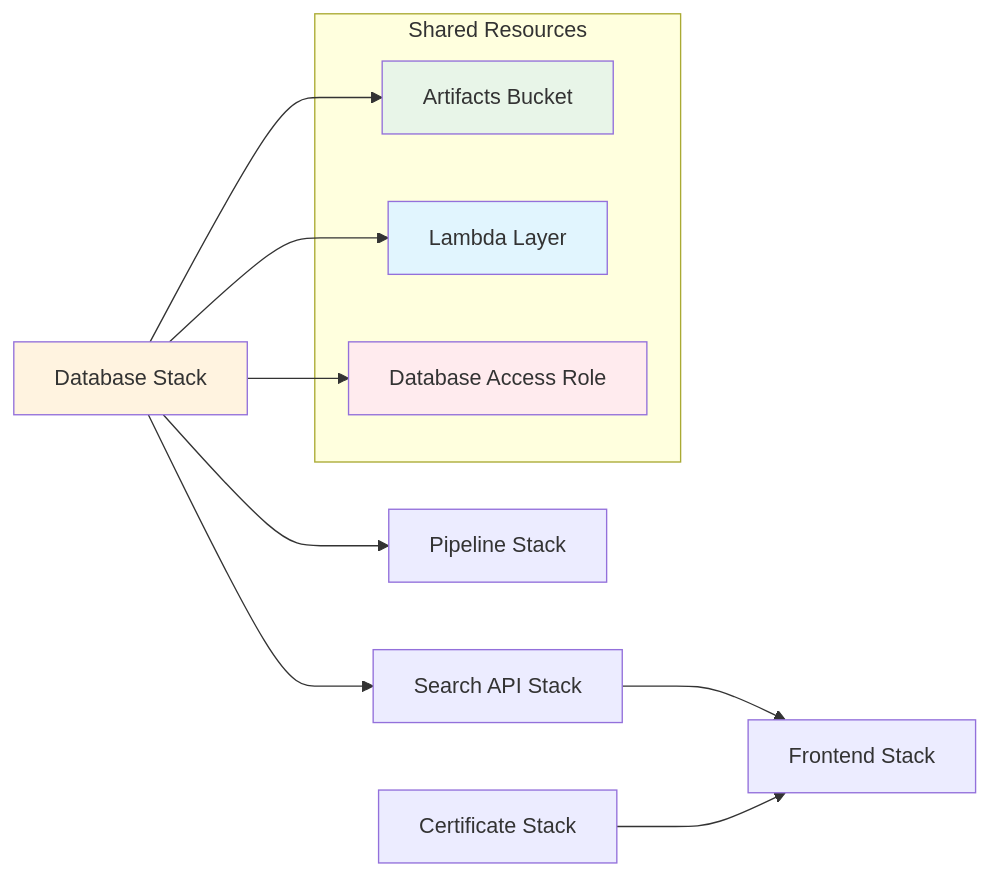
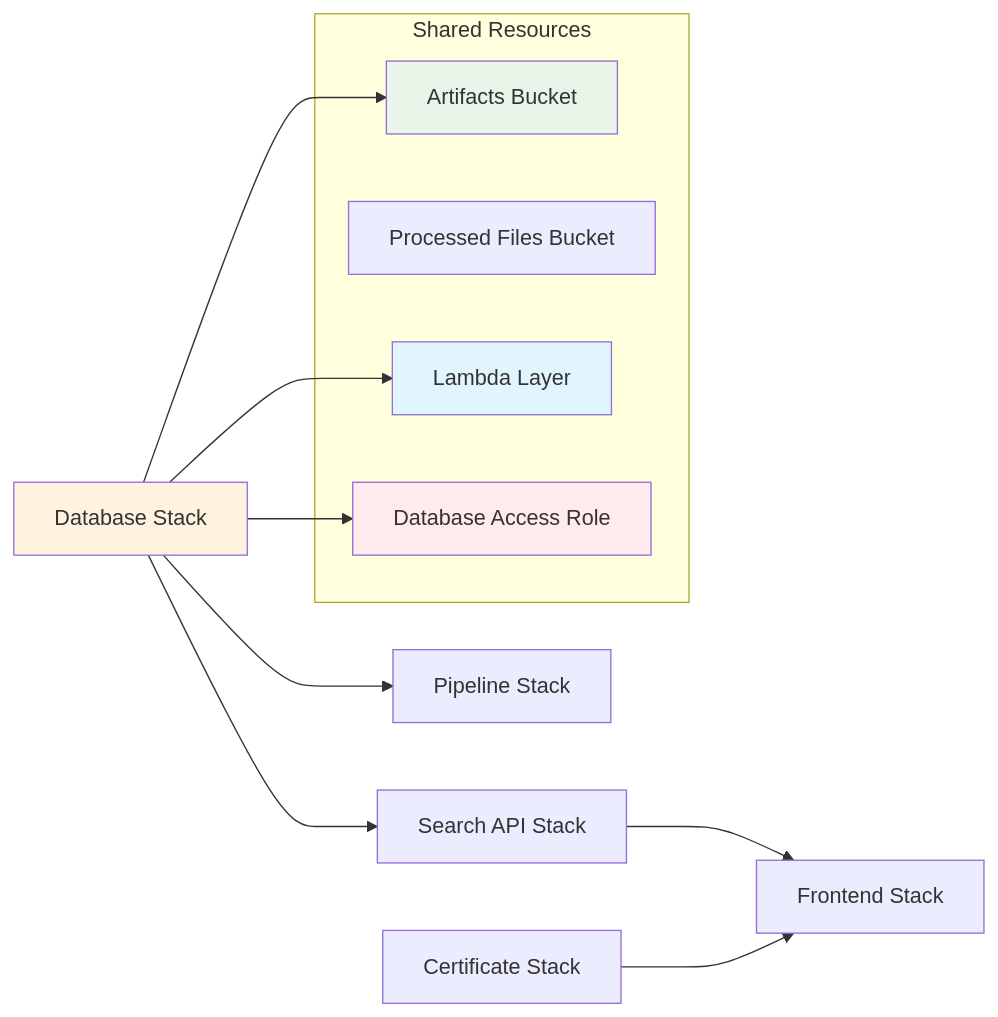
Before and after one commit to james-ralph8555/fdnix: the fourth of 4 diagrams in packages/cdk/README.md, drawn with Mermaid. The commit also changed other lines of this file and 5 other files, not shown here.

Commit message:
updated graph processing

````diff
--- a/packages/cdk/README.md
+++ b/packages/cdk/README.md
@@ -441,22 +445,23 @@
 ```mermaid
 graph LR
     DB[Database Stack] --> PIPE[Pipeline Stack]
     DB --> API[Search API Stack]
     API --> FE[Frontend Stack]
     CERT[Certificate Stack] --> FE
     
     subgraph "Shared Resources"
         S3[Artifacts Bucket]
+        PFB[Processed Files Bucket]
         LAYER[Lambda Layer]
         ROLE[Database Access Role]
     end
     
     DB --> S3
     DB --> LAYER  
     DB --> ROLE
     
     style DB fill:#fff3e0
     style S3 fill:#e8f5e8
     style LAYER fill:#e1f5fe
     style ROLE fill:#ffebee
 ```
````
